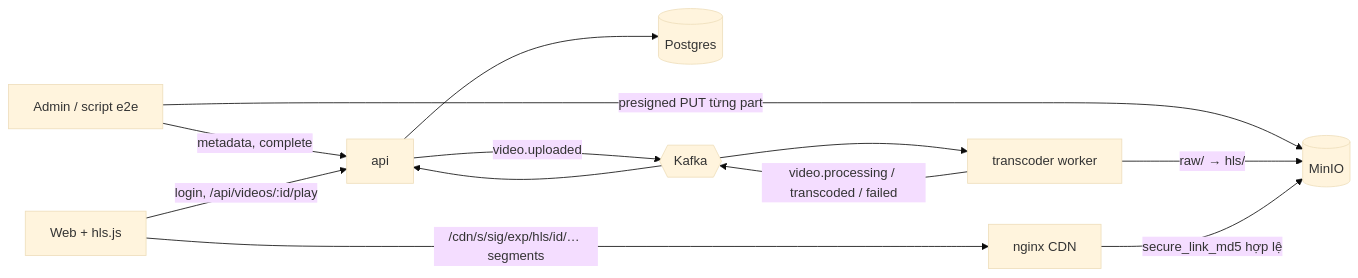
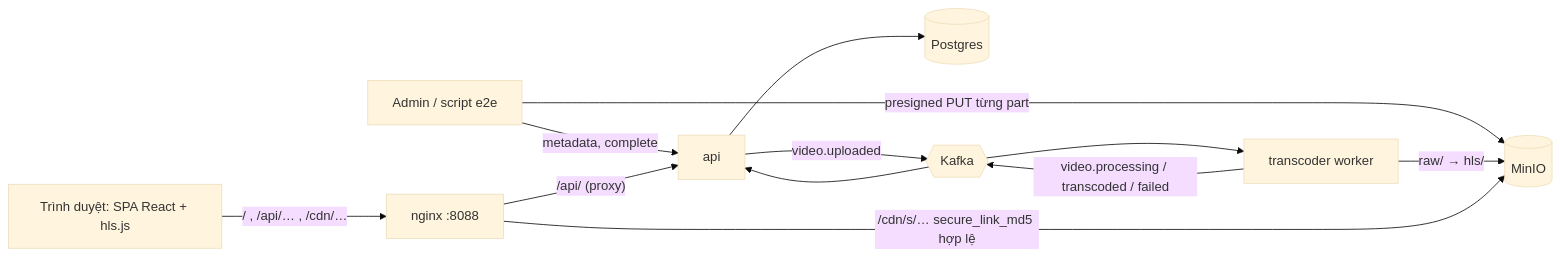
The diagram in docs/architecture.md (doba202/streaming-vod), drawn with Mermaid (base theme) before and after one commit. The commit also changed other lines of this file and 7 other files, not shown here.

Commit message:
docs: M4 web viewer, same-origin gateway and search docs and ADRs

````diff
--- a/docs/architecture.md
+++ b/docs/architecture.md
@@ -7,14 +7,14 @@
 ```mermaid
 flowchart LR
   Admin[Admin / script e2e] -->|metadata, complete| API[api]
   Admin -->|presigned PUT từng part| S3[(MinIO)]
   API --> PG[(Postgres)]
   API -->|video.uploaded| K{{Kafka}}
   K --> T[transcoder worker]
   T -->|raw/ → hls/| S3
   T -->|video.processing / transcoded / failed| K
   K --> API
-  Viewer[Web + hls.js] -->|login, /api/videos/:id/play| API
-  Viewer -->|/cdn/s/sig/exp/hls/id/… segments| N[nginx CDN]
-  N -->|secure_link_md5 hợp lệ| S3
+  Viewer[Trình duyệt: SPA React + hls.js] -->|"/ , /api/… , /cdn/…"| N[nginx :8088]
+  N -->|"/api/ (proxy)"| API
+  N -->|"/cdn/s/… secure_link_md5 hợp lệ"| S3
 ```
````
